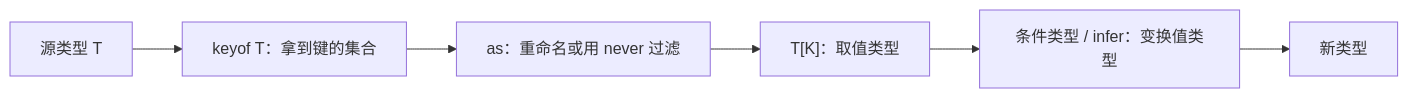
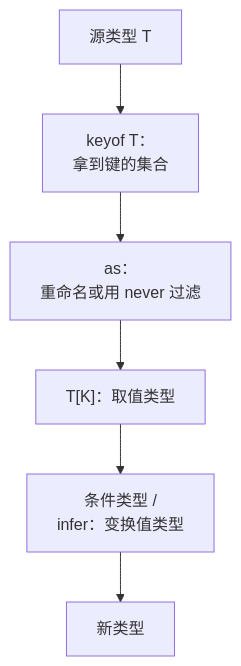
Before and after one commit to jarvis-pro/hatch-shelf: the diagram in books/ts-node-advanced/02-generics-conditional-infer.md, drawn with Mermaid. The commit also changed 432 other files, not shown here.

````diff
--- a/books/ts-node-advanced/02-generics-conditional-infer.md
+++ b/books/ts-node-advanced/02-generics-conditional-infer.md
@@ -150,8 +150,8 @@
 ```mermaid
-flowchart LR
-  A["源类型 T"] --> B["keyof T：拿到键的集合"]
-  B --> C["as：重命名或用 never 过滤"]
+flowchart TD
+  A["源类型 T"] --> B["keyof T：<br/>拿到键的集合"]
+  B --> C["as：<br/>重命名或用 never 过滤"]
   C --> D["T[K]：取值类型"]
-  D --> E["条件类型 / infer：变换值类型"]
+  D --> E["条件类型 /<br/>infer：变换值类型"]
   E --> F["新类型"]
 ```
````
